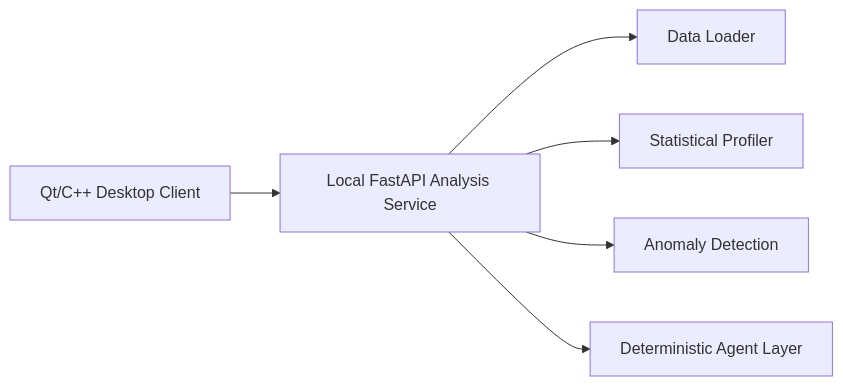
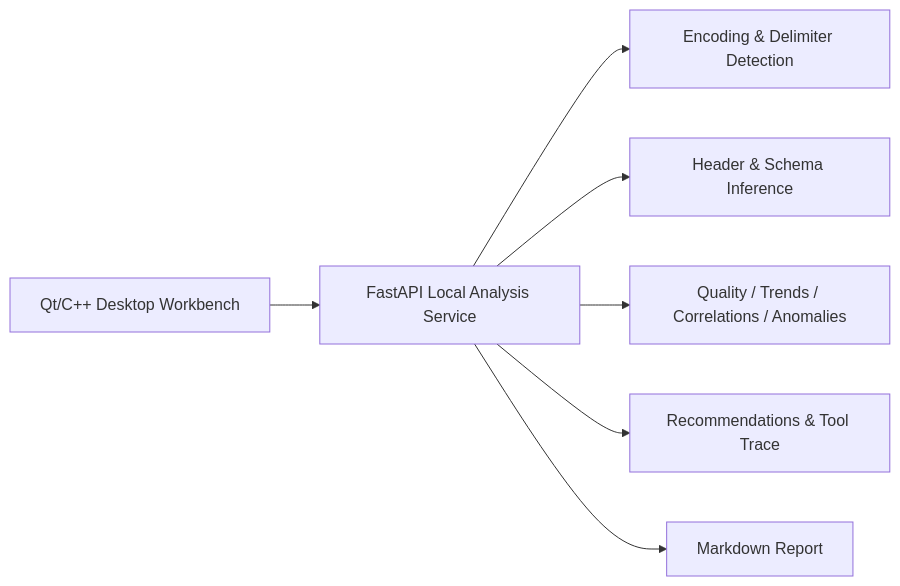
One commit to Phoenix0531-sudo/TablePilot changed the first of 2 diagrams in README.md. Above: the diagram before and after it, drawn with Mermaid. The commit also changed other lines of this file and 20 other files, not shown here.

Commit message:
Add dynamic data analysis workbench

````diff
--- a/README.md
+++ b/README.md
@@ -33,8 +30,9 @@
 ```mermaid
 flowchart LR
-    A["Qt/C++ Desktop Client"] --> B["Local FastAPI Analysis Service"]
-    B --> C["Data Loader"]
-    B --> D["Statistical Profiler"]
-    B --> E["Anomaly Detection"]
-    B --> F["Deterministic Agent Layer"]
+    A["Qt/C++ Desktop Workbench"] --> B["FastAPI Local Analysis Service"]
+    B --> C["Encoding & Delimiter Detection"]
+    B --> D["Header & Schema Inference"]
+    B --> E["Quality / Trends / Correlations / Anomalies"]
+    B --> F["Recommendations & Tool Trace"]
+    B --> G["Markdown Report"]
 ```
````
